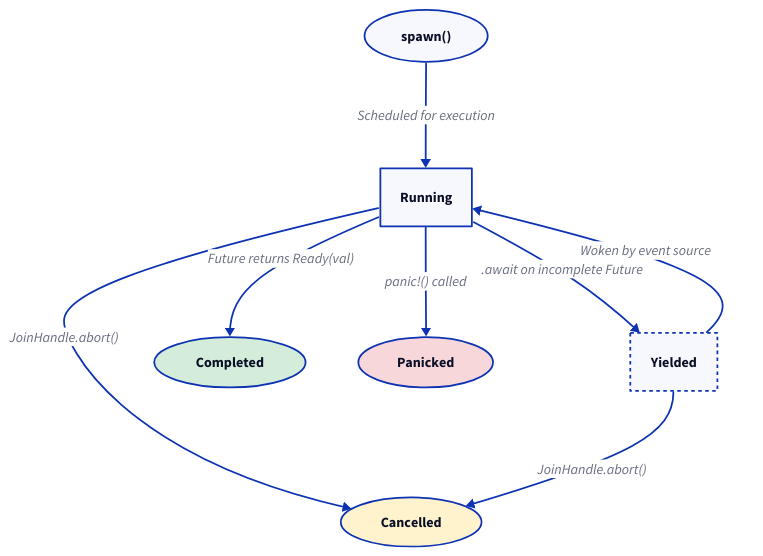
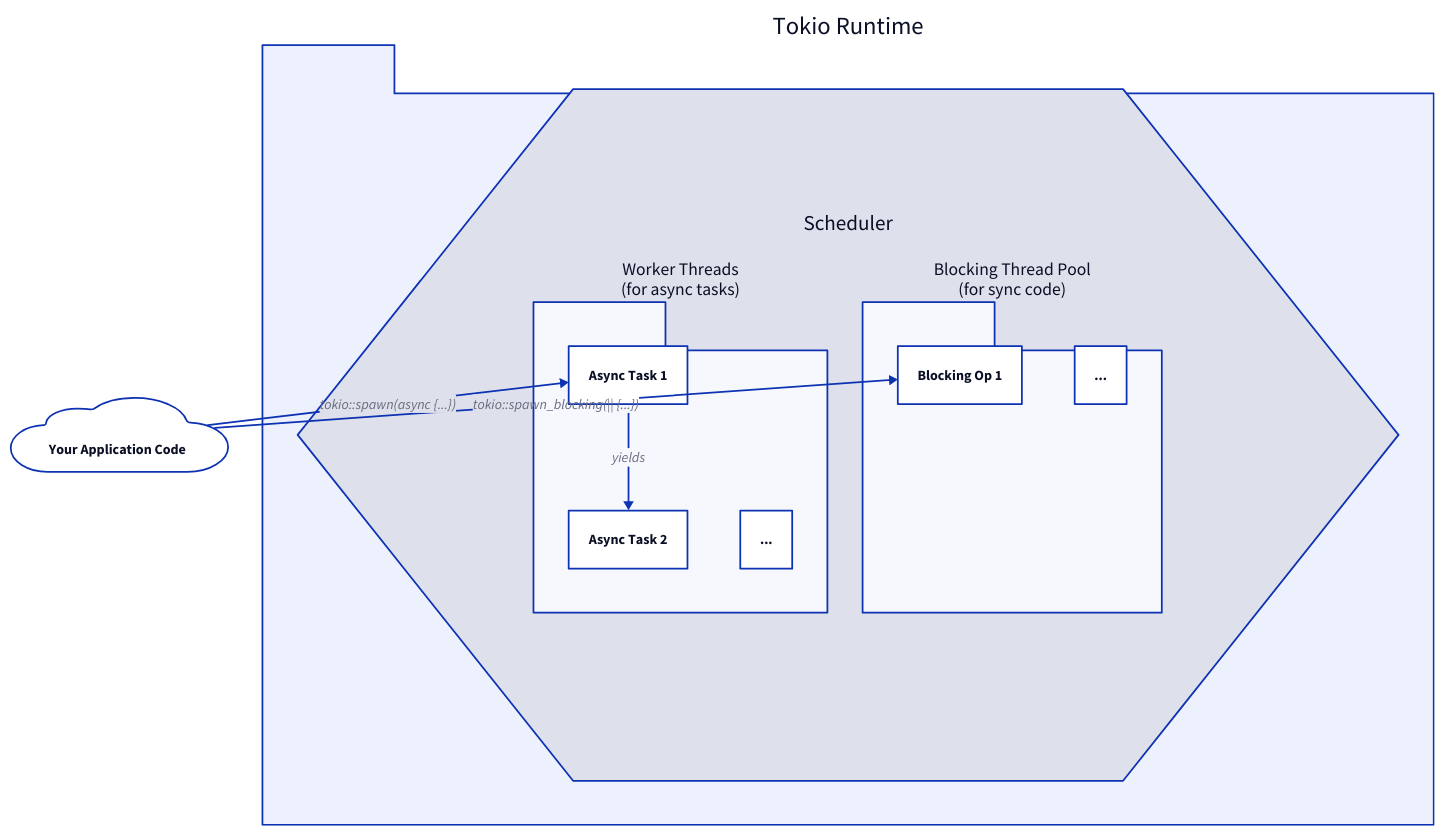
The diagram in .aigne/doc-smith/docs/api-task.md (lban2049/tokio), drawn with D2 before and after one commit. The commit also changed other lines of this file and 40 other files, not shown here.

````diff
--- a/.aigne/doc-smith/docs/api-task.md
+++ b/.aigne/doc-smith/docs/api-task.md
@@ -19,20 +15,53 @@
 ```d2
 direction: down
 
-"spawn()": { shape: oval }
-"Running": { shape: rectangle }
-"Yielded": { shape: rectangle; style.stroke-dash: 2 }
-"Completed": { shape: oval; style.fill: "#d4edda" }
-"Panicked": { shape: oval; style.fill: "#f8d7da" }
-"Cancelled": { shape: oval; style.fill: "#fff3cd" }
+"Your Application Code" {
+  shape: cloud
+}
 
-"spawn()" -> "Running": "Scheduled for execution"
-"Running" -> "Yielded": ".await on incomplete Future"
-"Yielded" -> "Running": "Woken by event source"
-"Running" -> "Completed": "Future returns Ready(val)"
-"Running" -> "Panicked": "panic!() called"
+"Tokio Runtime" {
+  shape: package
 
-"Running" -> "Cancelled": "JoinHandle.abort()"
-"Yielded" -> "Cancelled": "JoinHandle.abort()"
+  Scheduler {
+    shape: hexagon
+    grid-columns: 2
 
+    "Worker Threads" {
+      label: "Worker Threads\n(for async tasks)"
+      shape: package
+      
+      Task-1 {
+        label: "Async Task 1"
+        shape: rectangle
+      }
+      Task-2 {
+        label: "Async Task 2"
+        shape: rectangle
+      }
+      Task-N {
+        label: "..."
+        shape: rectangle
+      }
+    }
+    
+    "Blocking Pool" {
+      label: "Blocking Thread Pool\n(for sync code)"
+      shape: package
+      
+      Blocking-Task-1 {
+        label: "Blocking Op 1"
+        shape: rectangle
+      }
+      Blocking-Task-M {
+        label: "..."
+        shape: rectangle
+      }
+    }
+  }
+}
+
+"Your Application Code" -> "Tokio Runtime".Scheduler."Worker Threads".Task-1: "tokio::spawn(async {...})"
+"Your Application Code" -> "Tokio Runtime".Scheduler."Blocking Pool".Blocking-Task-1: "tokio::spawn_blocking(|| {...})"
+
+"Tokio Runtime".Scheduler."Worker Threads".Task-1 -> "Tokio Runtime".Scheduler."Worker Threads".Task-2: "yields"
 ```
````
